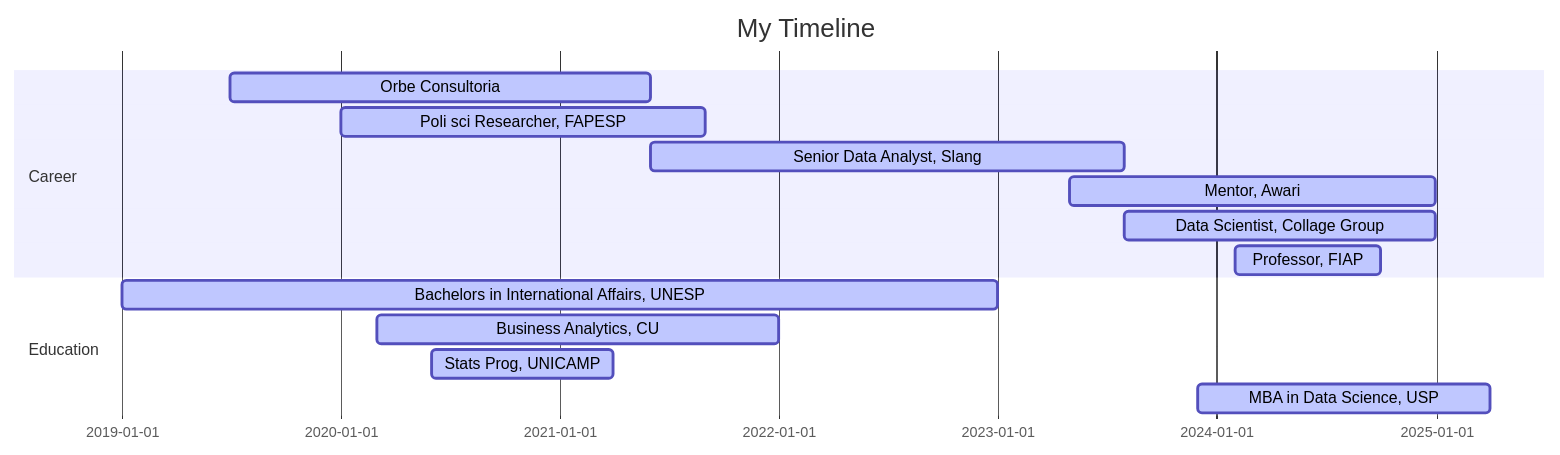
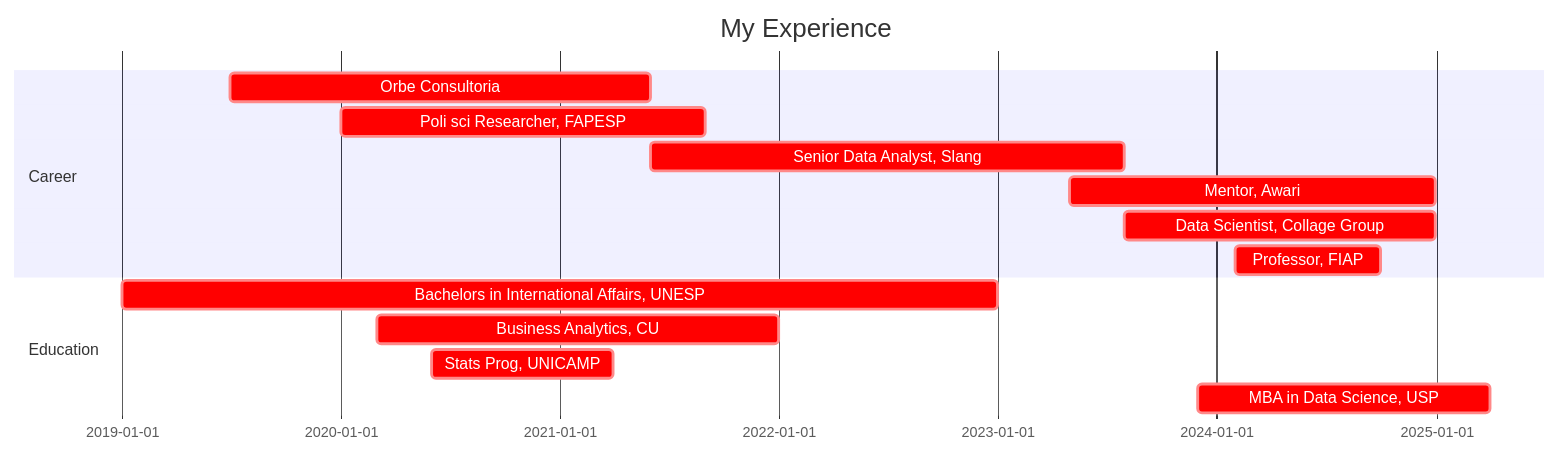
The diagram in README.md (ViniciusARZ/ViniciusARZ), drawn with Mermaid before and after one commit.

````diff
--- a/README.md
+++ b/README.md
@@ -9,20 +9,21 @@
 ```mermaid
 
 gantt
 dateFormat  YYYY-MM-DD
-title My Timeline
+title My Experience
 
 section Career
-Orbe Consultoria           :active,, 2019-07-01,2021-06-01
-Poli sci Researcher, FAPESP           :active,, 2020-01-01,2021-09-01
-Senior Data Analyst, Slang         :active,, 2021-06-01,2023-08-01
-Mentor, Awari       :active,, 2023-05-01,2024-12-31
-Data Scientist, Collage Group       :active,, 2023-08-01,2024-12-31
-Professor, FIAP :active,, 2024-02-01,2024-10-01
+Orbe Consultoria           :crit, 2019-07-01,2021-06-01
+Poli sci Researcher, FAPESP           :crit, 2020-01-01,2021-09-01
+Senior Data Analyst, Slang         :crit, 2021-06-01,2023-08-01
+Mentor, Awari       :crit, 2023-05-01,2024-12-31
+Data Scientist, Collage Group       :crit, 2023-08-01,2024-12-31
+Professor, FIAP :crit, 2024-02-01,2024-10-01
 
 section Education
-Bachelors in International Affairs, UNESP             :active,, 2019-01-01,2022-12-31
-Business Analytics, CU             :active,, 2020-03-01,2021-12-31
-Stats Prog, UNICAMP             :active,, 2020-06-01,2021-03-31
-MBA in Data Science, USP             :active,, 2023-12-01,2025-04-01
+Bachelors in International Affairs, UNESP             :crit, 2019-01-01,2022-12-31
+Business Analytics, CU             :crit, 2020-03-01,2021-12-31
+Stats Prog, UNICAMP             :crit, 2020-06-01,2021-03-31
+MBA in Data Science, USP             :crit, 2023-12-01,2025-04-01
+
 ```
````
